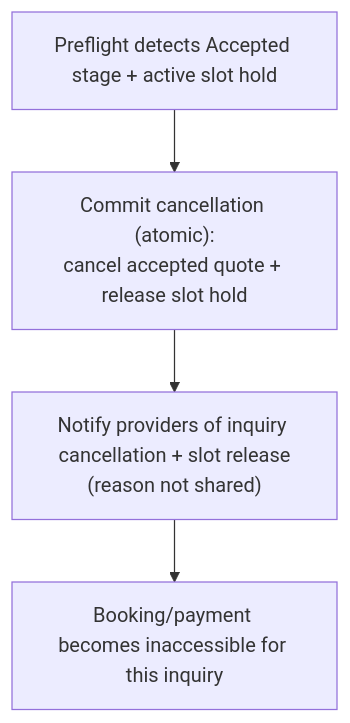
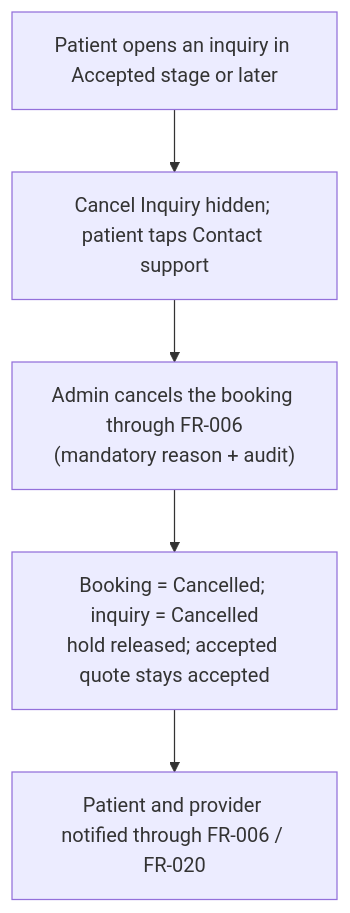
Diagram 15 of 15 in project-requirements/functional-requirements/fr003-inquiry-submission/prd.md (joachimtrungtuan/hairline-pm-docs), drawn with Mermaid before and after one commit. The commit also changed other lines of this file and 11 other files, not shown here.

First line of the commit message:
docs(quotes): apply MTG-002 final audit corrections to quote and inquiry FRs

````diff
--- a/project-requirements/functional-requirements/fr003-inquiry-submission/prd.md
+++ b/project-requirements/functional-requirements/fr003-inquiry-submission/prd.md
@@ -427,6 +427,7 @@
 ```mermaid
 flowchart TD
-    Preflight["Preflight detects Accepted stage + active slot hold"] --> Commit["Commit cancellation (atomic):<br/>cancel accepted quote + release slot hold"]
-    Commit --> Notify["Notify providers of inquiry cancellation + slot release<br/>(reason not shared)"]
-    Notify --> Block["Booking/payment becomes inaccessible for this inquiry"]
+    Want["Patient opens an inquiry in Accepted stage or later"] --> Support["Cancel Inquiry hidden; patient taps Contact support"]
+    Support --> Admin["Admin cancels the booking through FR-006<br/>(mandatory reason + audit)"]
+    Admin --> Result["Booking = Cancelled; inquiry = Cancelled<br/>hold released; accepted quote stays accepted"]
+    Result --> Notify["Patient and provider notified through FR-006 / FR-020"]
 ```
````
